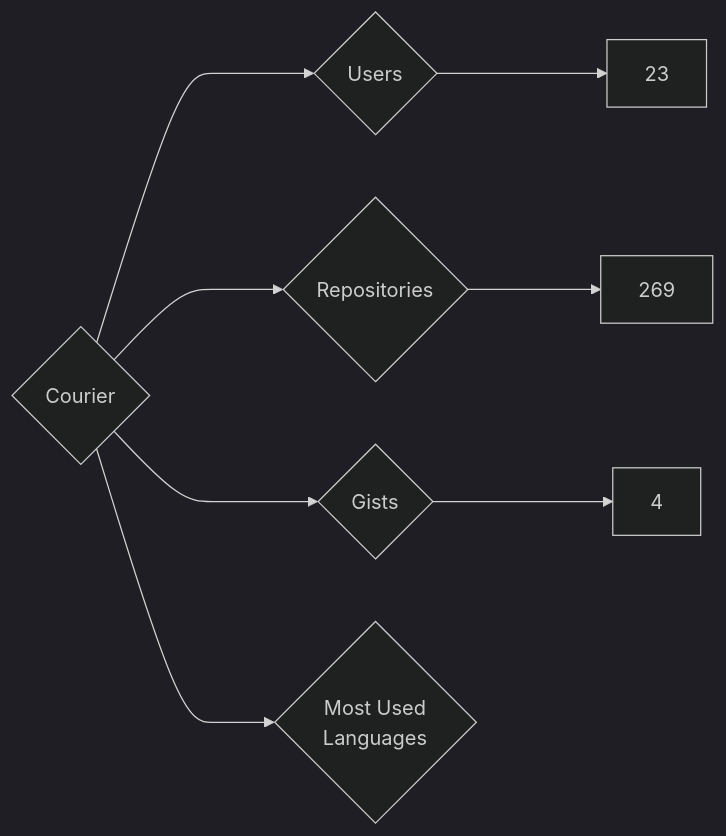
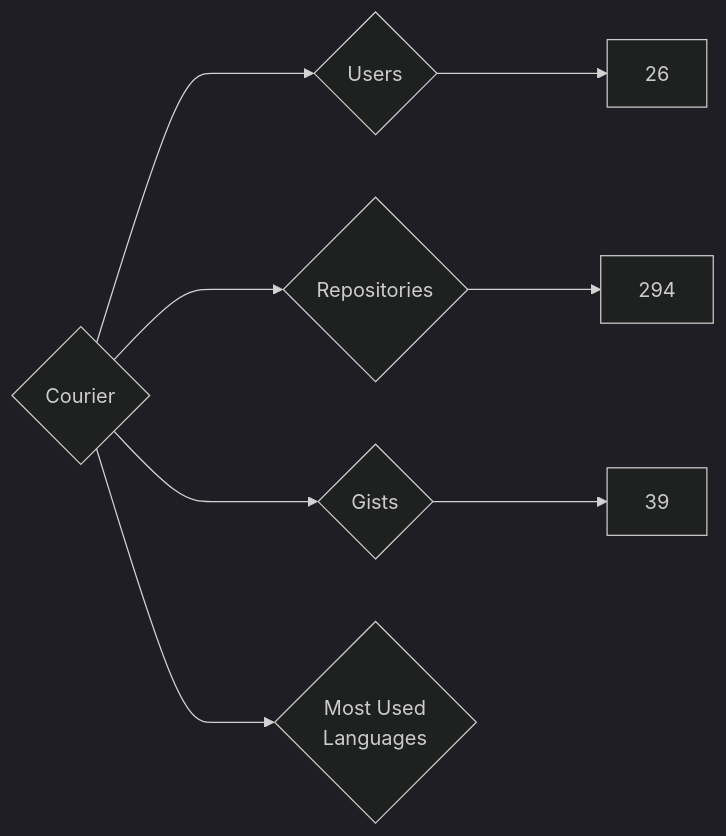
Before and after one commit to nenadzaric/insiders: the diagram in targets/Courier/README.md, drawn with Mermaid (dark theme). The commit also changed 1342 other files, not shown here.

````diff
--- a/targets/Courier/README.md
+++ b/targets/Courier/README.md
@@ -3,8 +3,8 @@
 ```mermaid
 graph LR
 COMPANY_NAME{Courier}
-COMPANY_NAME ---> U{Users} ---> UN[23]
-COMPANY_NAME ---> R{Repositories} ---> RN[269]
-COMPANY_NAME ---> G{Gists} ---> GN[4]
+COMPANY_NAME ---> U{Users} ---> UN[26]
+COMPANY_NAME ---> R{Repositories} ---> RN[294]
+COMPANY_NAME ---> G{Gists} ---> GN[39]
 COMPANY_NAME ---> ML{Most Used<br>Languages}
 ```
````
